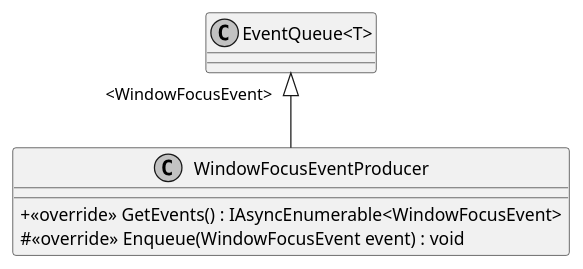
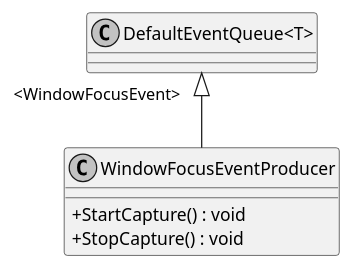
Before and after one commit to insightmind/MORR: the diagram in application/plantuml/Modules/WindowManagement/Producers/WindowFocusEventProducer.puml, drawn with PlantUML. The commit also changed 165 other files, not shown here.

```diff
--- a/application/plantuml/Modules/WindowManagement/Producers/WindowFocusEventProducer.puml
+++ b/application/plantuml/Modules/WindowManagement/Producers/WindowFocusEventProducer.puml
@@ -1,12 +1,11 @@
 @startuml
 skinparam monochrome true
 skinparam ClassAttributeIconSize 0
-
 class WindowFocusEventProducer {
-    + <<override>> GetEvents() : IAsyncEnumerable<WindowFocusEvent>
-    # <<override>> Enqueue(WindowFocusEvent event) : void
+    + StartCapture() : void
+    + StopCapture() : void
 }
-class "EventQueue<T>" {
+class "DefaultEventQueue<T>" {
 }
-"EventQueue<T>" "<WindowFocusEvent>" <|-- WindowFocusEventProducer
+"DefaultEventQueue<T>" "     <WindowFocusEvent>" <|-- WindowFocusEventProducer
 @enduml
```
